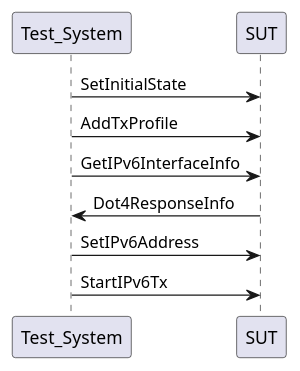
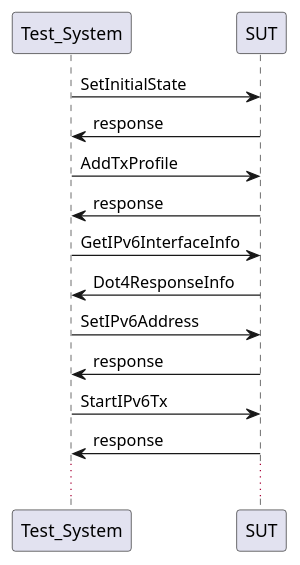
The first of 2 diagrams in Test Sequences/16094 IPv6 Testing TxProfile.md (certificationoperatingcouncil/COC_TestSpecs), drawn with PlantUML before and after one commit. The commit also changed other lines of this file and 1 other file, not shown here.

Commit message:
Test Sequences/16094 IPv6 Testing TxProfile - Editorial changes

````diff
--- a/Test Sequences/16094 IPv6 Testing TxProfile.md
+++ b/Test Sequences/16094 IPv6 Testing TxProfile.md
@@ -13,8 +13,13 @@
 ```puml
 Test_System->SUT: SetInitialState
+SUT->Test_System: response
 Test_System->SUT: AddTxProfile
+SUT->Test_System: response
 Test_System->SUT: GetIPv6InterfaceInfo
 SUT->Test_System: Dot4ResponseInfo
 Test_System->SUT: SetIPv6Address
+SUT->Test_System: response
 Test_System->SUT: StartIPv6Tx
+SUT->Test_System: response
+...
 ```
````
